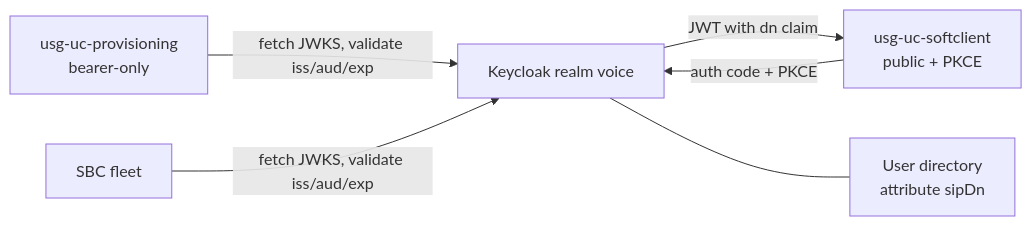
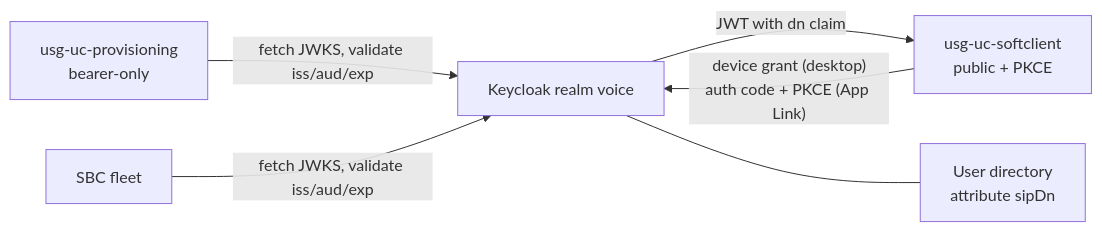
One commit to 192d-Wing/usg-uc changed the third of 4 diagrams in docs/CLIENT-PROVISIONING-OIDC.md. Above: the diagram before and after it, drawn with Mermaid. The commit also changed other lines of this file and 10 other files, not shown here.

````diff
--- a/docs/CLIENT-PROVISIONING-OIDC.md
+++ b/docs/CLIENT-PROVISIONING-OIDC.md
@@ -424,14 +430,14 @@
 ```mermaid
 flowchart LR
     KC["Keycloak realm voice"]
     SC["usg-uc-softclient<br/>public + PKCE"]
     PR["usg-uc-provisioning<br/>bearer-only"]
     SBC["SBC fleet"]
     DIR["User directory<br/>attribute sipDn"]
 
-    SC -->|"auth code + PKCE"| KC
+    SC -->|"device grant (desktop)<br/>auth code + PKCE (App Link)"| KC
     KC -->|"JWT with dn claim"| SC
     PR -->|"fetch JWKS, validate iss/aud/exp"| KC
     SBC -->|"fetch JWKS, validate iss/aud/exp"| KC
     KC --- DIR
 ```
````
